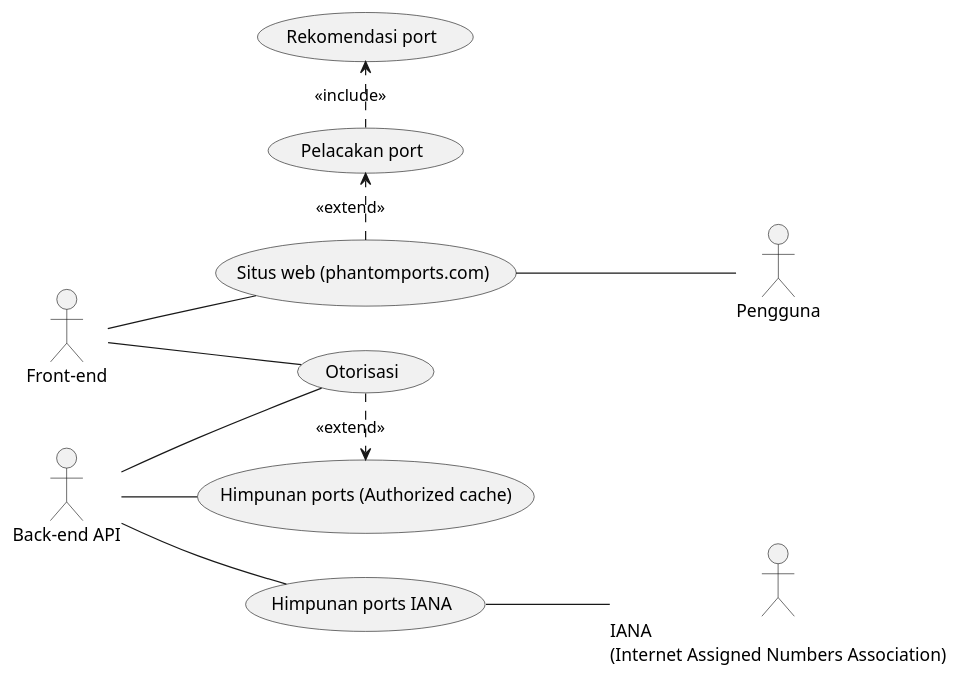
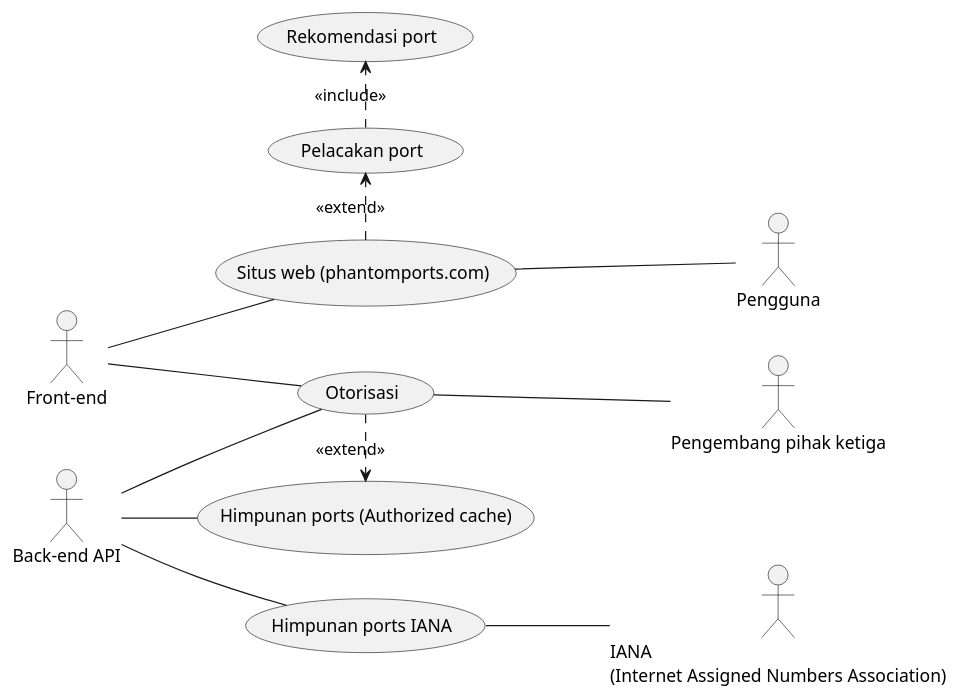
One commit to stnDinus/skpl-apbo-use-case-diagram changed the diagram in ues_case_diagram.puml. Above: the diagram before and after it, drawn with PlantUML.

Commit message:
feat: dev actor

```diff
--- a/ues_case_diagram.puml
+++ b/ues_case_diagram.puml
@@ -1,34 +1,36 @@
 @startuml
 left to right direction
 
 actor :Back-end API: as be
 actor :Front-end: as fe
 actor :Pengguna: as usr
 actor :IANA\n(Internet Assigned Numbers Association): as iana
+actor :Pengembang pihak ketiga: as dev
 
 together {
   "Situs web (phantomports.com)" as (website)
   "Pelacakan port" as (search)
   "Rekomendasi port" as (recommend)
 }
 
 "Himpunan ports IANA" as (ports)
 "Himpunan ports (Authorized cache)" as (cached)
 
 "Otorisasi" as (authorize)
 
 (website) -- usr
 fe -- (website)
 (website) .> (search): <<extend>>
 (search) .> (recommend): <<include>>
 
 be -- (ports)
 (ports) -- iana
 
 be -- (authorize)
 fe -- (authorize)
+(authorize) -- dev
 
 be -- (cached)
 (authorize) .> (cached): <<extend>>
 
 @enduml
```
